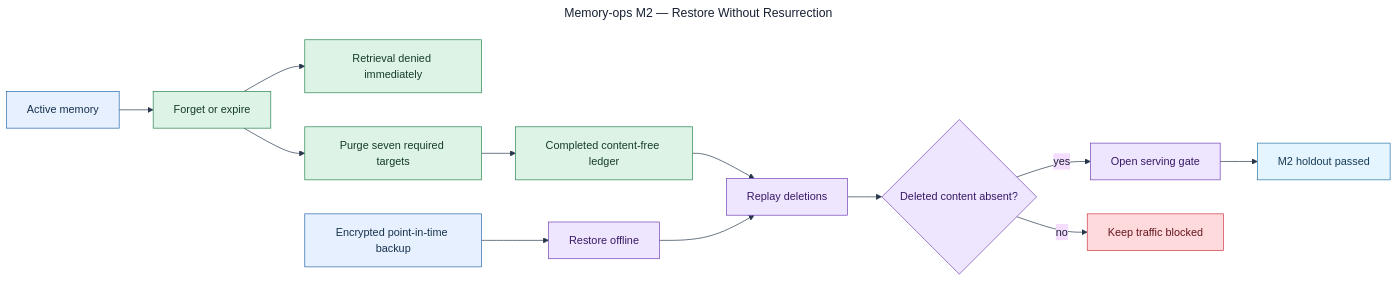
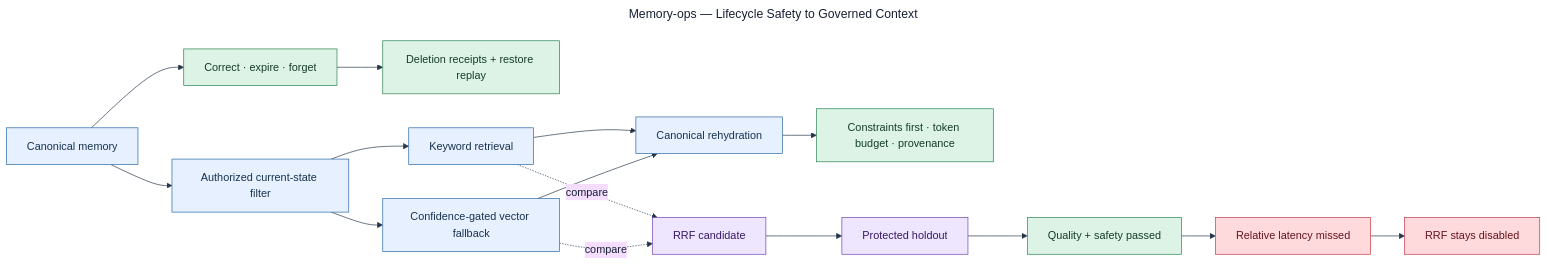
One commit to rishibalanagu0108/Memory-OPS changed the diagram in docs/progress/2026-10-06/diagram.mmd. Above: the diagram before and after it, drawn with Mermaid. The commit also changed 27 other files, not shown here.

```diff
--- a/docs/progress/2026-10-06/diagram.mmd
+++ b/docs/progress/2026-10-06/diagram.mmd
@@ -1,34 +1,35 @@
 ---
-title: Memory-ops M2 — Restore Without Resurrection
+title: Memory-ops — Lifecycle Safety to Governed Context
 config:
   theme: base
   themeVariables:
     fontFamily: Arial, sans-serif
     background: "#f8fafc"
     primaryTextColor: "#172033"
     lineColor: "#26364a"
 ---
 flowchart LR
-    ACTIVE[Active memory] --> FORGET[Forget or expire]
-    FORGET --> DENY[Retrieval denied immediately]
-    FORGET --> PURGE[Purge seven required targets]
-    PURGE --> LEDGER[Completed content-free ledger]
-    BACKUP[Encrypted point-in-time backup] --> OFFLINE[Restore offline]
-    LEDGER --> REPLAY[Replay deletions]
-    OFFLINE --> REPLAY
-    REPLAY --> CHECK{Deleted content absent?}
-    CHECK -->|yes| SERVE[Open serving gate]
-    CHECK -->|no| BLOCK[Keep traffic blocked]
-    SERVE --> HOLDOUT[M2 holdout passed]
+    WRITE[Canonical memory] --> LIFE[Correct · expire · forget]
+    LIFE --> PURGE[Deletion receipts + restore replay]
+    WRITE --> FILTER[Authorized current-state filter]
+    FILTER --> KEYWORD[Keyword retrieval]
+    FILTER --> VECTOR[Confidence-gated vector fallback]
+    KEYWORD --> HYDRATE[Canonical rehydration]
+    VECTOR --> HYDRATE
+    HYDRATE --> CONTEXT[Constraints first · token budget · provenance]
+    KEYWORD -. compare .-> RRF[RRF candidate]
+    VECTOR -. compare .-> RRF
+    RRF --> HOLDOUT[Protected holdout]
+    HOLDOUT --> SAFE[Quality + safety passed]
+    SAFE --> LATENCY[Relative latency missed]
+    LATENCY --> OFF[RRF stays disabled]
 
-    classDef active fill:#e6f0ff,stroke:#2666a8,color:#17324d;
+    classDef core fill:#e6f0ff,stroke:#2666a8,color:#17324d;
     classDef safe fill:#dcf3e5,stroke:#26834f,color:#173c29;
-    classDef restore fill:#eee6ff,stroke:#7041b5,color:#371866;
-    classDef danger fill:#ffdadd,stroke:#c93643,color:#65141c;
-    classDef proof fill:#e5f5ff,stroke:#2775a8,color:#163b55;
+    classDef eval fill:#eee6ff,stroke:#7041b5,color:#371866;
+    classDef stop fill:#ffdadd,stroke:#c93643,color:#65141c;
 
-    class ACTIVE,BACKUP active
-    class FORGET,DENY,PURGE,LEDGER safe
-    class OFFLINE,REPLAY,CHECK,SERVE restore
-    class BLOCK danger
-    class HOLDOUT proof
+    class WRITE,FILTER,KEYWORD,VECTOR,HYDRATE core
+    class LIFE,PURGE,CONTEXT,SAFE safe
+    class RRF,HOLDOUT eval
+    class LATENCY,OFF stop
```
